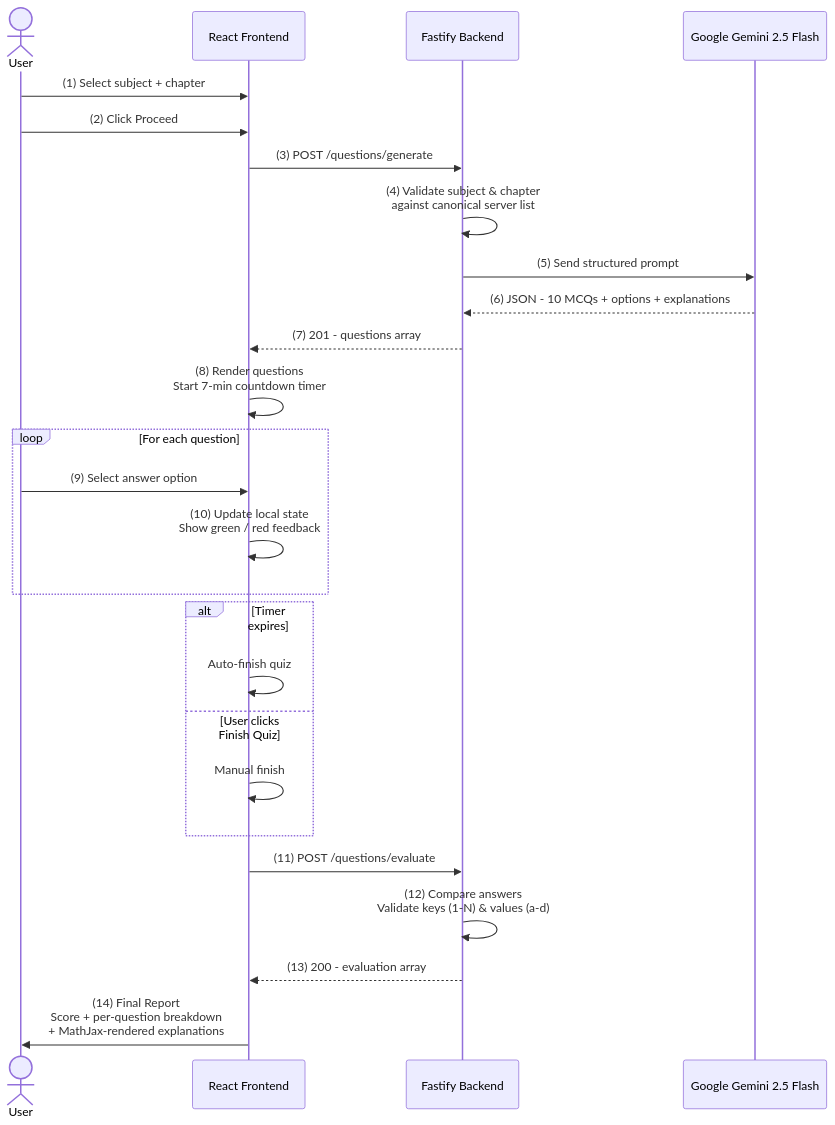
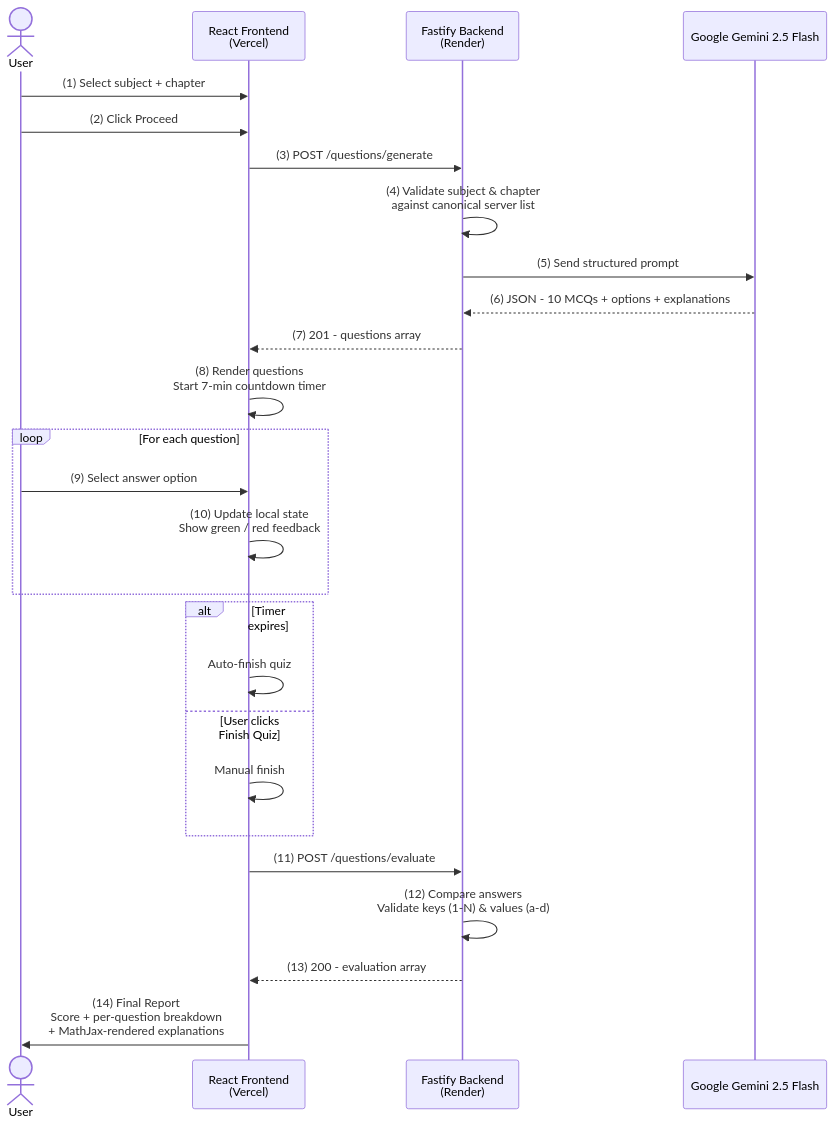
The diagram in README.md (sudo-Harshk/Skillify), drawn with Mermaid before and after one commit. The commit also changed other lines of this file, not shown here.

````diff
--- a/README.md
+++ b/README.md
@@ -35,35 +35,35 @@
 ```mermaid
 sequenceDiagram
     actor User
-    participant FE as React Frontend
-    participant BE as Fastify Backend
+    participant FE as React Frontend<br/>(Vercel)
+    participant BE as Fastify Backend<br/>(Render)
     participant GM as Google Gemini 2.5 Flash
 
     User->>FE: (1) Select subject + chapter
     User->>FE: (2) Click Proceed
 
     FE->>BE: (3) POST /questions/generate
     BE->>BE: (4) Validate subject & chapter<br/>against canonical server list
     BE->>GM: (5) Send structured prompt
     GM-->>BE: (6) JSON - 10 MCQs + options + explanations
     BE-->>FE: (7) 201 - questions array
 
     FE->>FE: (8) Render questions<br/>Start 7-min countdown timer
 
     loop For each question
         User->>FE: (9) Select answer option
         FE->>FE: (10) Update local state<br/>Show green / red feedback
     end
 
     alt Timer expires
         FE->>FE: Auto-finish quiz
     else User clicks Finish Quiz
         FE->>FE: Manual finish
     end
 
     FE->>BE: (11) POST /questions/evaluate
     BE->>BE: (12) Compare answers<br/>Validate keys (1-N) & values (a-d)
     BE-->>FE: (13) 200 - evaluation array
 
     FE->>User: (14) Final Report<br/>Score + per-question breakdown<br/>+ MathJax-rendered explanations
 ```
````
